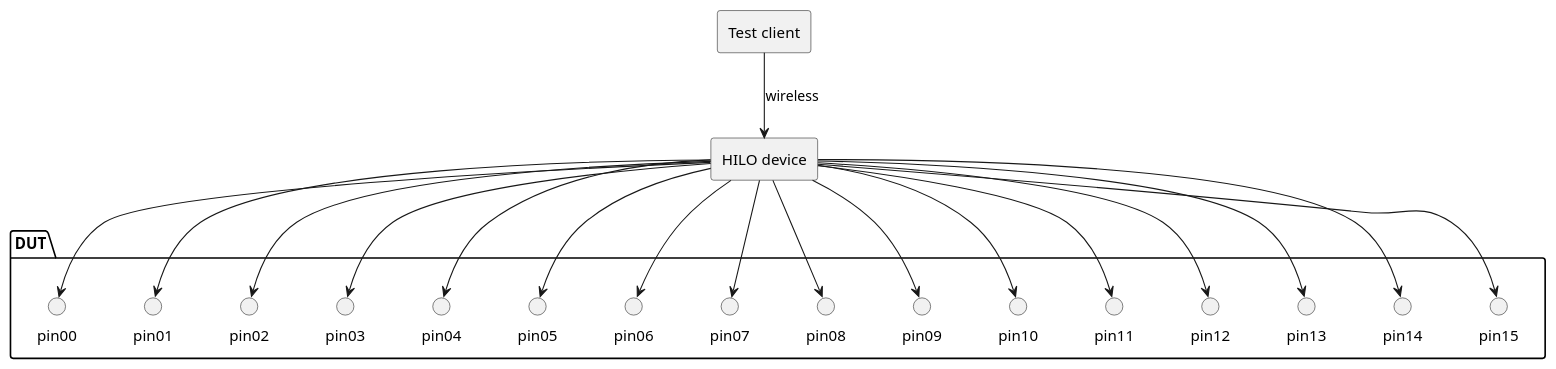
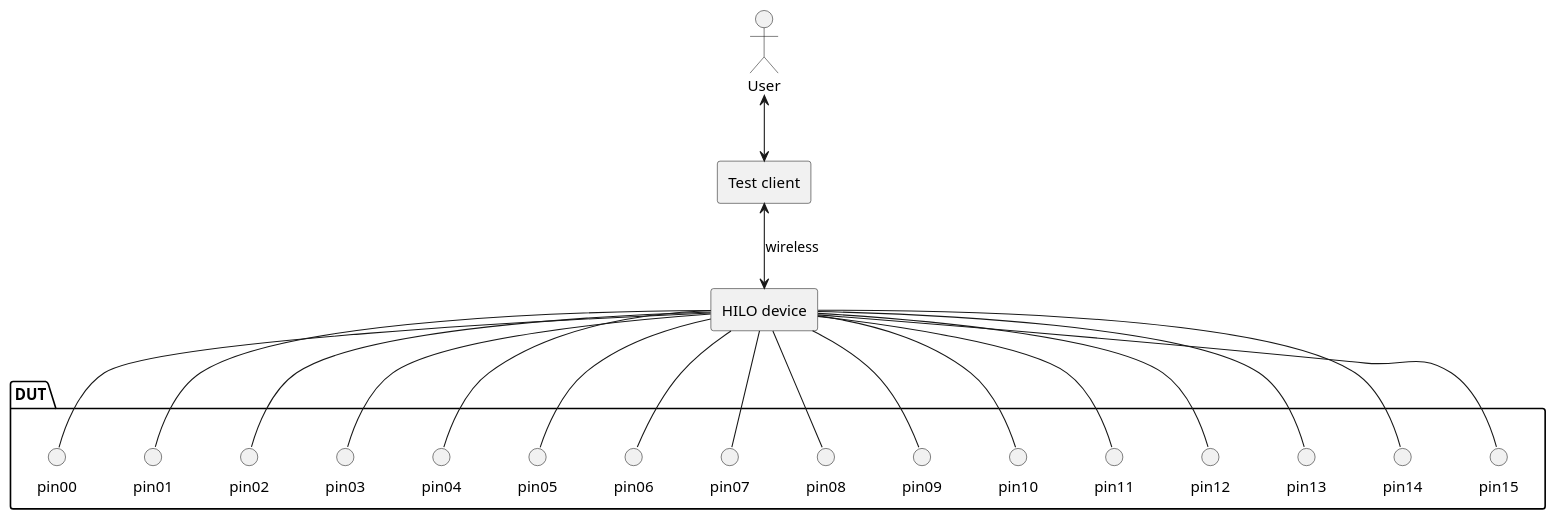
The diagram in images/overviewDiagram.puml (catinella/HILO), drawn with PlantUML before and after one commit.

Commit message:
Enhancement

```diff
--- a/images/overviewDiagram.puml
+++ b/images/overviewDiagram.puml
@@ -1,46 +1,49 @@
 @startuml
 
 top to bottom direction
+
+actor User as USR
 
 rectangle "Test client" as TCL
 
 rectangle "HILO device" as HILO
 
 package "DUT" as DUT {
 	circle "pin00" as DP00
 	circle "pin01" as DP01
 	circle "pin02" as DP02
 	circle "pin03" as DP03
 	circle "pin04" as DP04
 	circle "pin05" as DP05
 	circle "pin06" as DP06
 	circle "pin07" as DP07
 	circle "pin08" as DP08
 	circle "pin09" as DP09
 	circle "pin10" as DP10
 	circle "pin11" as DP11
 	circle "pin12" as DP12
 	circle "pin13" as DP13
 	circle "pin14" as DP14
 	circle "pin15" as DP15
 }
 
-TCL -down-> HILO: wireless
-HILO -down-> DP00
-HILO -down-> DP01
-HILO -down-> DP02
-HILO -down-> DP03
-HILO -down-> DP04
-HILO -down-> DP05
-HILO -down-> DP06
-HILO -down-> DP07
-HILO -down-> DP08
-HILO -down-> DP09
-HILO -down-> DP10
-HILO -down-> DP11
-HILO -down-> DP12
-HILO -down-> DP13
-HILO -down-> DP14
-HILO -down-> DP15
+USR  <-down-> TCL
+TCL  <-down-> HILO: wireless
+HILO -down- DP00
+HILO -down- DP01
+HILO -down- DP02
+HILO -down- DP03
+HILO -down- DP04
+HILO -down- DP05
+HILO -down- DP06
+HILO -down- DP07
+HILO -down- DP08
+HILO -down- DP09
+HILO -down- DP10
+HILO -down- DP11
+HILO -down- DP12
+HILO -down- DP13
+HILO -down- DP14
+HILO -down- DP15
 
 @enduml
```
